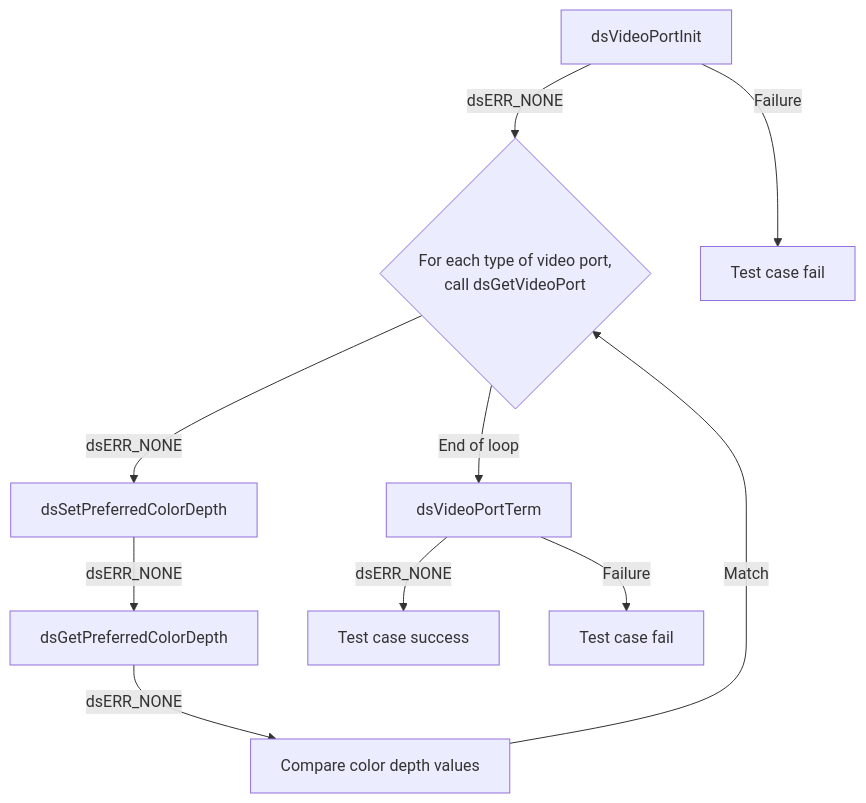
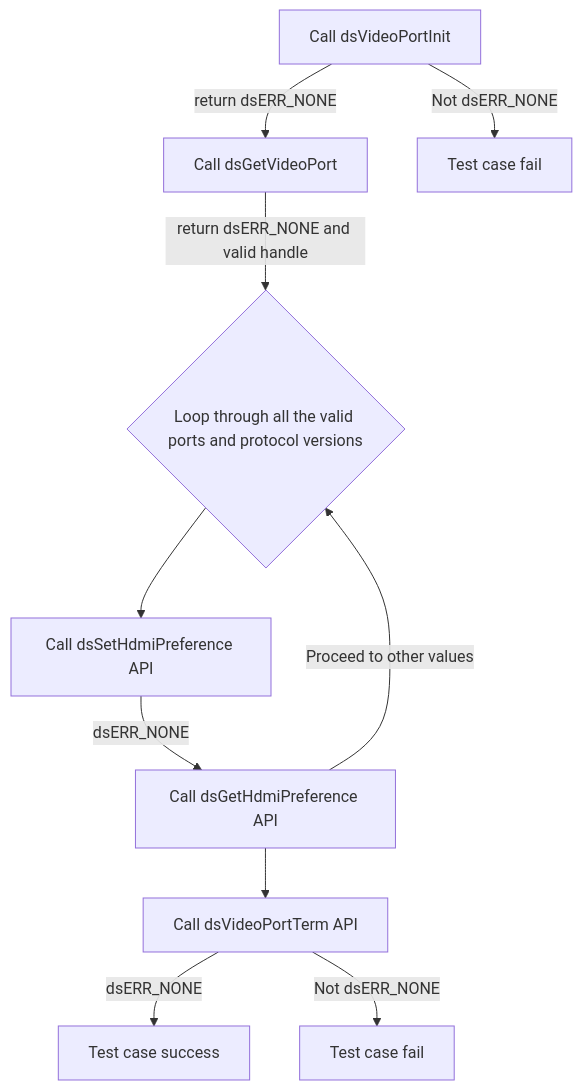
Diagram 18 of 30 in docs/pages/dsVideoPort_L2_Low-Level_TestSpecification.md (rdkcentral/rdk-halif-test-device_settings), drawn with Mermaid before and after one commit. The commit also changed other lines of this file and 5 other files, not shown here.

````diff
--- a/docs/pages/dsVideoPort_L2_Low-Level_TestSpecification.md
+++ b/docs/pages/dsVideoPort_L2_Low-Level_TestSpecification.md
@@ -688,12 +817,10 @@
 ```mermaid
 graph TB
-A[dsVideoPortInit] -->|dsERR_NONE| B{For each type of video port, <br> call dsGetVideoPort }
-A -->|Failure| A1[Test case fail]
-B -->|dsERR_NONE| C[dsSetPreferredColorDepth]
-C -->|dsERR_NONE| D[dsGetPreferredColorDepth]
-D -->|dsERR_NONE| E[Compare color depth values]
-E -->|Match| B
-B -->|End of loop|F[dsVideoPortTerm]
-F -->|dsERR_NONE| G[Test case success]
-F -->|Failure| F1[Test case fail]
+    A[Call dsVideoPortInit] -->|return dsERR_NONE| B[Call dsGetVideoPort] -->|return dsERR_NONE and valid handle| P{Loop through all the valid ports and protocol versions}
+    A -->|Not dsERR_NONE| C[Test case fail]
+    P --> D[Call dsSetHdmiPreference API]
+    D -->|dsERR_NONE| F[Call dsGetHdmiPreference API] --> |Proceed to other values| P
+    F --> J[Call dsVideoPortTerm API]
+    J -->|dsERR_NONE| K[Test case success]
+    J -->|Not dsERR_NONE| L[Test case fail]
 ```
````
